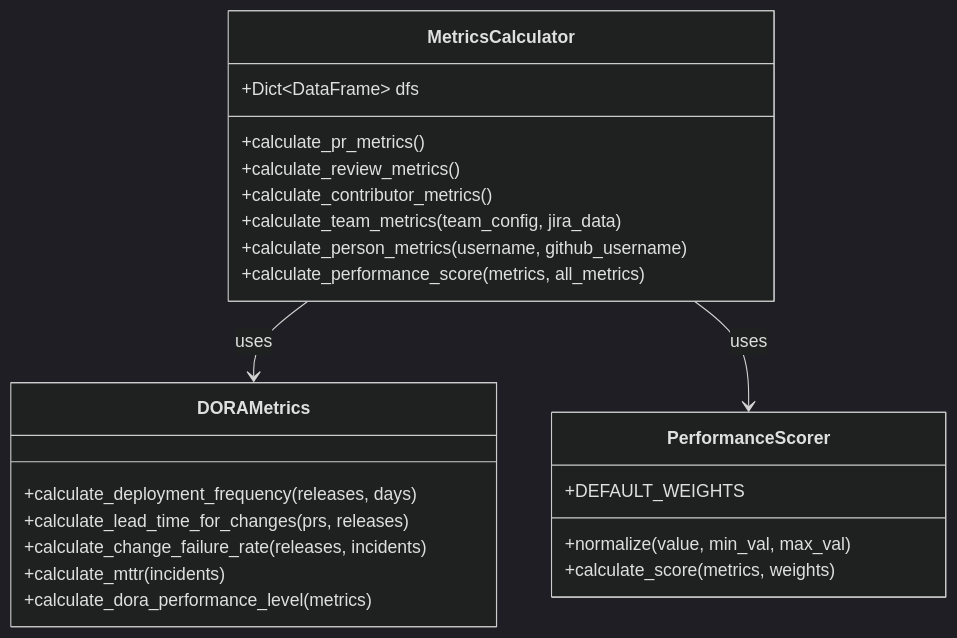
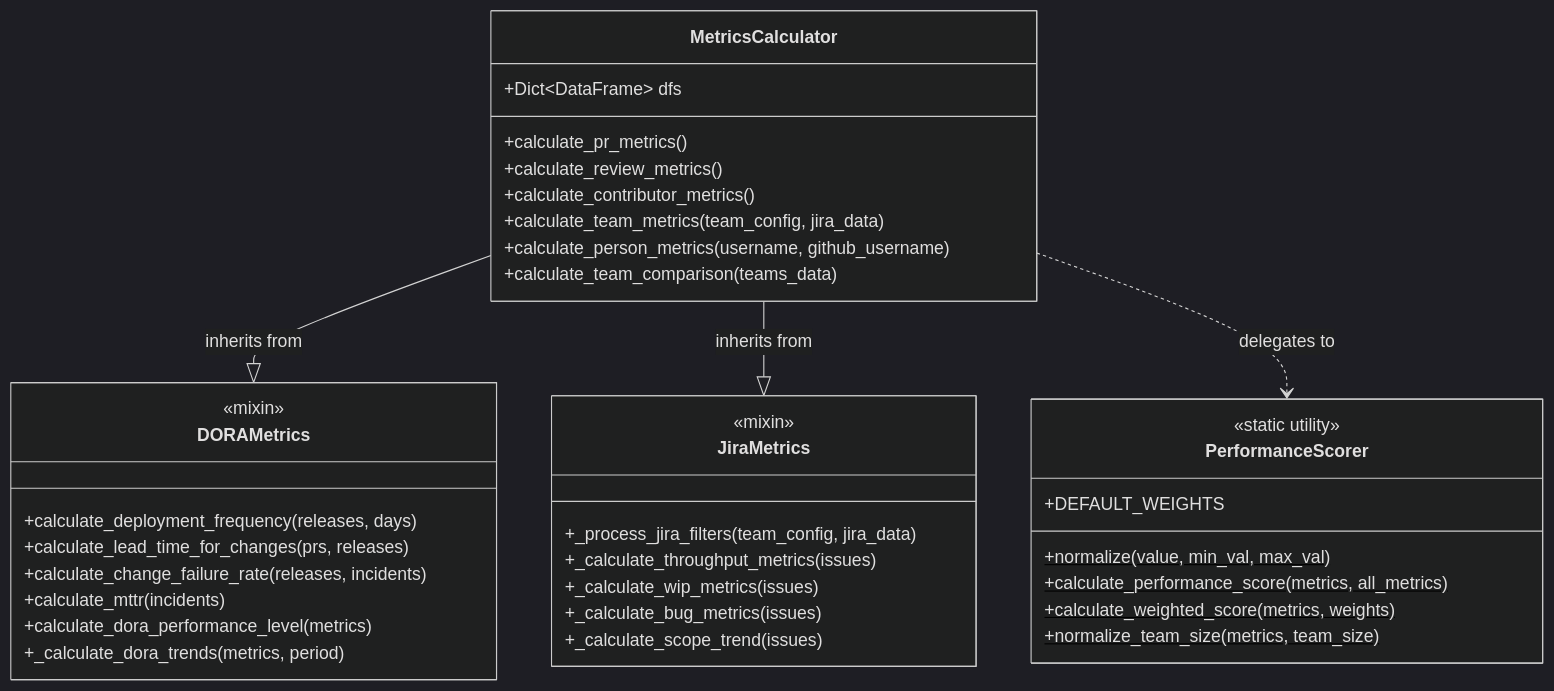
Before and after one commit to maroszoli-goto/engineering-metrics-dashboard: the third of 12 diagrams in docs/ARCHITECTURE.md, drawn with Mermaid (dark theme). The commit also changed other lines of this file and 24 other files, not shown here.

````diff
--- a/docs/ARCHITECTURE.md
+++ b/docs/ARCHITECTURE.md
@@ -135,29 +137,44 @@
 ```mermaid
 classDiagram
     class MetricsCalculator {
         +Dict~DataFrame~ dfs
         +calculate_pr_metrics()
         +calculate_review_metrics()
         +calculate_contributor_metrics()
         +calculate_team_metrics(team_config, jira_data)
         +calculate_person_metrics(username, github_username)
-        +calculate_performance_score(metrics, all_metrics)
+        +calculate_team_comparison(teams_data)
     }
 
     class DORAMetrics {
+        <<mixin>>
         +calculate_deployment_frequency(releases, days)
         +calculate_lead_time_for_changes(prs, releases)
         +calculate_change_failure_rate(releases, incidents)
         +calculate_mttr(incidents)
         +calculate_dora_performance_level(metrics)
+        +_calculate_dora_trends(metrics, period)
+    }
+
+    class JiraMetrics {
+        <<mixin>>
+        +_process_jira_filters(team_config, jira_data)
+        +_calculate_throughput_metrics(issues)
+        +_calculate_wip_metrics(issues)
+        +_calculate_bug_metrics(issues)
+        +_calculate_scope_trend(issues)
     }
 
     class PerformanceScorer {
-        +normalize(value, min_val, max_val)
-        +calculate_score(metrics, weights)
+        <<static utility>>
+        +normalize(value, min_val, max_val)$
+        +calculate_performance_score(metrics, all_metrics)$
+        +calculate_weighted_score(metrics, weights)$
+        +normalize_team_size(metrics, team_size)$
         +DEFAULT_WEIGHTS
     }
 
-    MetricsCalculator --> DORAMetrics : uses
-    MetricsCalculator --> PerformanceScorer : uses
+    MetricsCalculator --|> DORAMetrics : inherits from
+    MetricsCalculator --|> JiraMetrics : inherits from
+    MetricsCalculator ..> PerformanceScorer : delegates to
 ```
````
